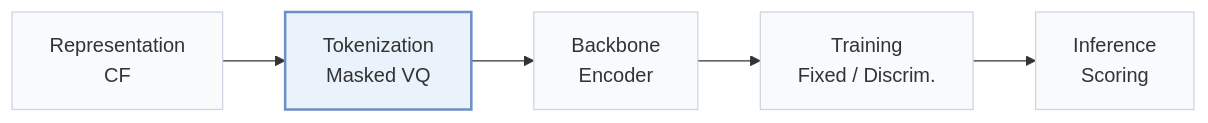
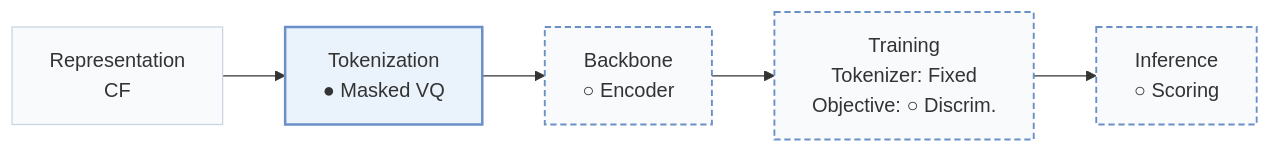
One commit to Galaxy-ghost/Awesome-SID-Generative-Rec changed the first of 3 diagrams in pages/papers/tokenrec.md. Above: the diagram before and after it, drawn with Mermaid. The commit also changed other lines of this file and 558 other files, not shown here.

````diff
--- a/pages/papers/tokenrec.md
+++ b/pages/papers/tokenrec.md
@@ -15,8 +19,10 @@
 ```mermaid
 flowchart LR
-    R["Representation<br/>CF"] --> T["Tokenization<br/>Masked VQ"] --> B["Backbone<br/>Encoder"] --> TR["Training<br/>Fixed / Discrim."] --> I["Inference<br/>Scoring"]
+    R["Representation<br/>CF"] --> T["Tokenization<br/>● Masked VQ"] --> B["Backbone<br/>○ Encoder"] --> TR["Training<br/>Tokenizer: Fixed<br/>Objective: ○ Discrim."] --> I["Inference<br/>○ Scoring"]
     classDef base fill:#f8fafc,stroke:#cbd5e1
     class R,T,B,TR,I base
+    classDef other fill:#f8fafc,stroke:#6b8fc7,stroke-width:1.5px,stroke-dasharray:5 3
+    class B,TR,I other
     classDef main fill:#eaf2fb,stroke:#6b8fc7,stroke-width:2px
     class T main
 ```
````
